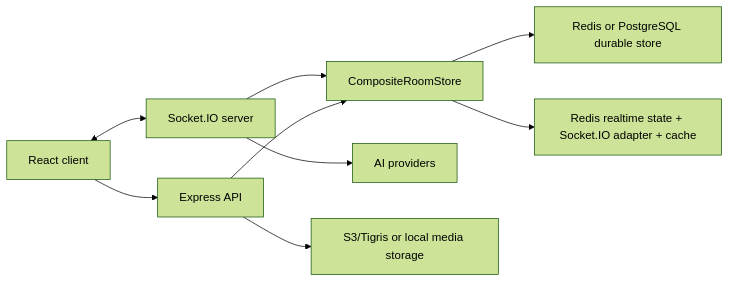
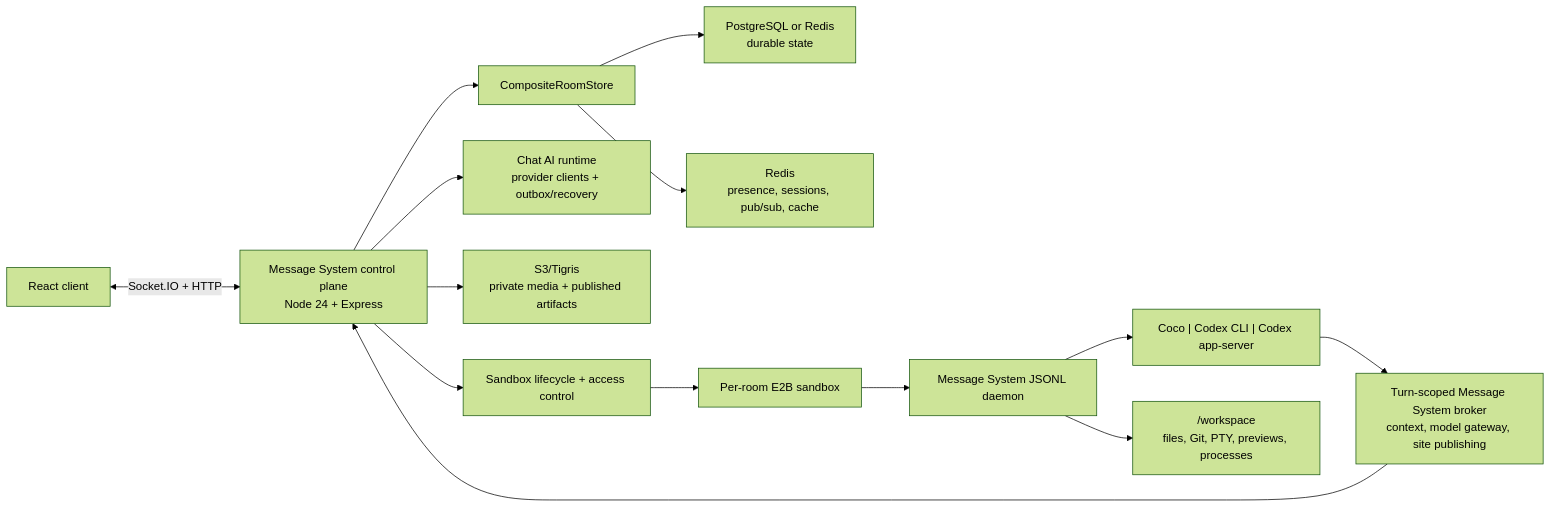
Before and after one commit to WENLIN-LI/message-system: the diagram in README.md, drawn with Mermaid (forest theme). The commit also changed other lines of this file and 6 other files, not shown here.

````diff
--- a/README.md
+++ b/README.md
@@ -33,11 +38,20 @@
 ```mermaid
 flowchart LR
-  Client["React client"] <--> Socket["Socket.IO server"]
-  Client --> HTTP["Express API"]
-  Socket --> Store["CompositeRoomStore"]
-  HTTP --> Store
-  Store --> Durable["Redis or PostgreSQL durable store"]
-  Store --> Redis["Redis realtime state + Socket.IO adapter + cache"]
-  Socket --> AI["AI providers"]
-  HTTP --> Media["S3/Tigris or local media storage"]
+  Browser["React client"] <-->|"Socket.IO + HTTP"| Control["Message System control plane\nNode 24 + Express"]
+
+  Control --> Store["CompositeRoomStore"]
+  Store --> Durable["PostgreSQL or Redis\ndurable state"]
+  Store --> Realtime["Redis\npresence, sessions, pub/sub, cache"]
+
+  Control --> ChatAI["Chat AI runtime\nprovider clients + outbox/recovery"]
+  Control --> Media["S3/Tigris\nprivate media + published artifacts"]
+
+  Control --> Lifecycle["Sandbox lifecycle + access control"]
+  Lifecycle --> E2B["Per-room E2B sandbox"]
+  E2B --> Daemon["Message System JSONL daemon"]
+  Daemon --> Backends["Coco | Codex CLI | Codex app-server"]
+  Daemon --> Workspace["/workspace\nfiles, Git, PTY, previews, processes"]
+
+  Backends --> Broker["Turn-scoped Message System broker\ncontext, model gateway, site publishing"]
+  Broker --> Control
 ```
````
